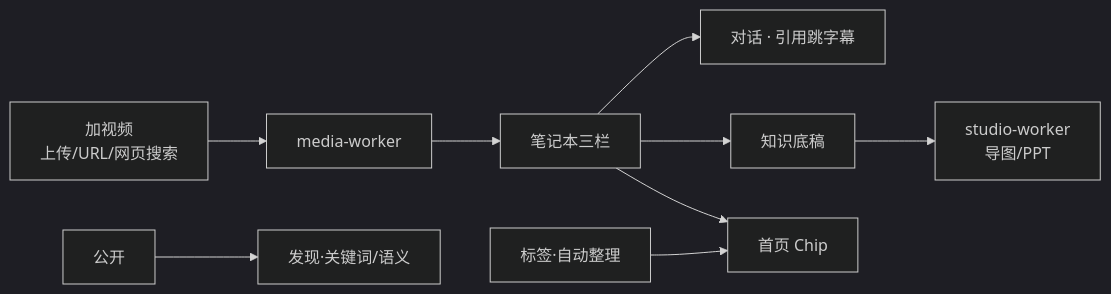
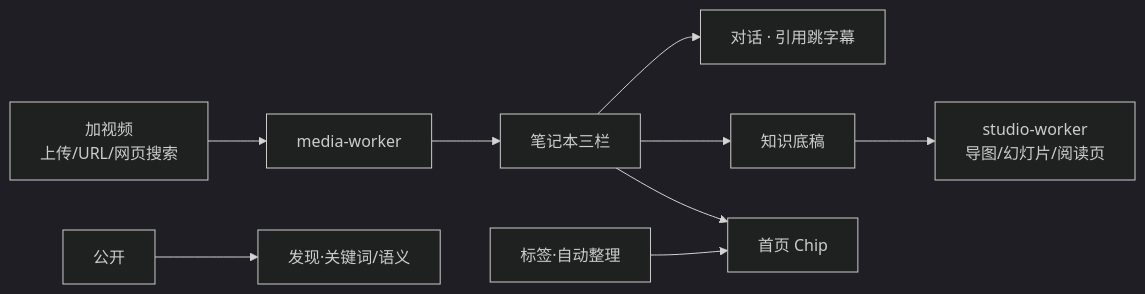
The second of 2 diagrams in docs/architecture.md (CallStorm/video-notebook), drawn with Mermaid (dark theme) before and after one commit. The commit also changed other lines of this file and 10 other files, not shown here.

````diff
--- a/docs/architecture.md
+++ b/docs/architecture.md
@@ -71,11 +71,11 @@
 ```mermaid
 flowchart LR
   A[加视频<br/>上传/URL/网页搜索] --> B[media-worker]
   B --> C[笔记本三栏]
   C --> D[对话 · 引用跳字幕]
   C --> E[知识底稿]
-  E --> F[studio-worker<br/>导图/PPT]
+  E --> F[studio-worker<br/>导图/幻灯片/阅读页]
   G[标签·自动整理] --> H[首页 Chip]
   C --> H
   I[公开] --> J[发现·关键词/语义]
 ```
````
